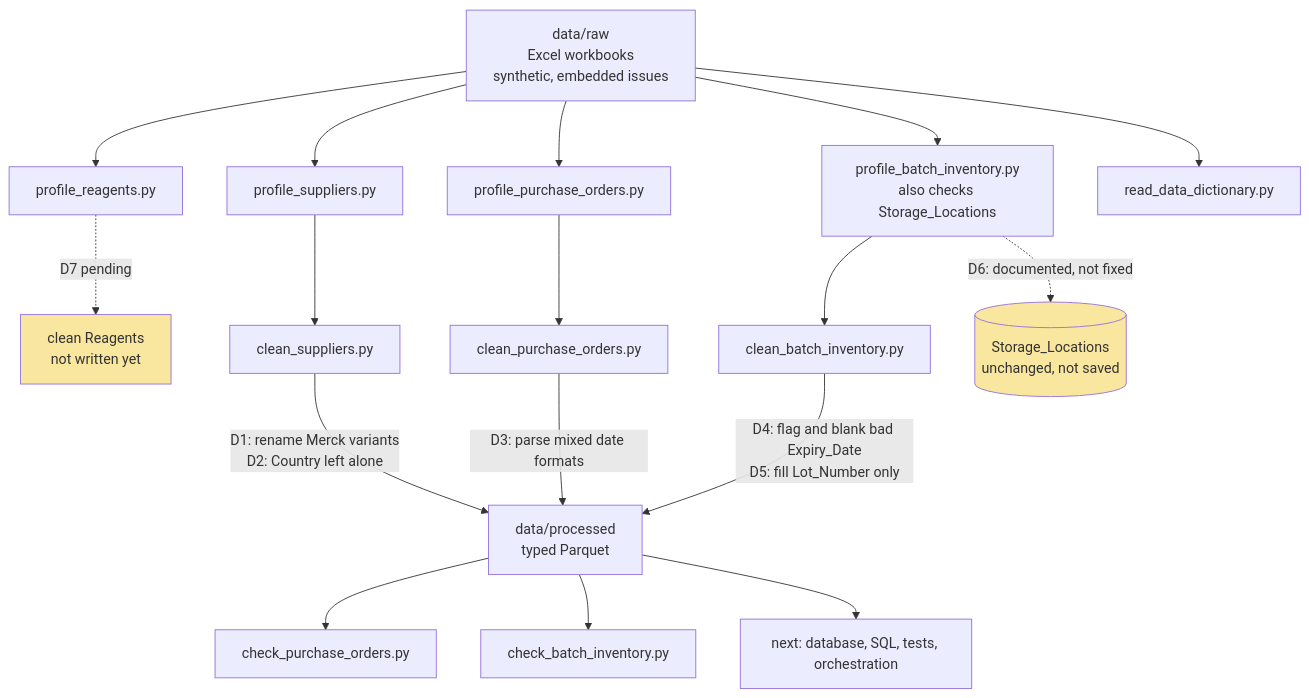
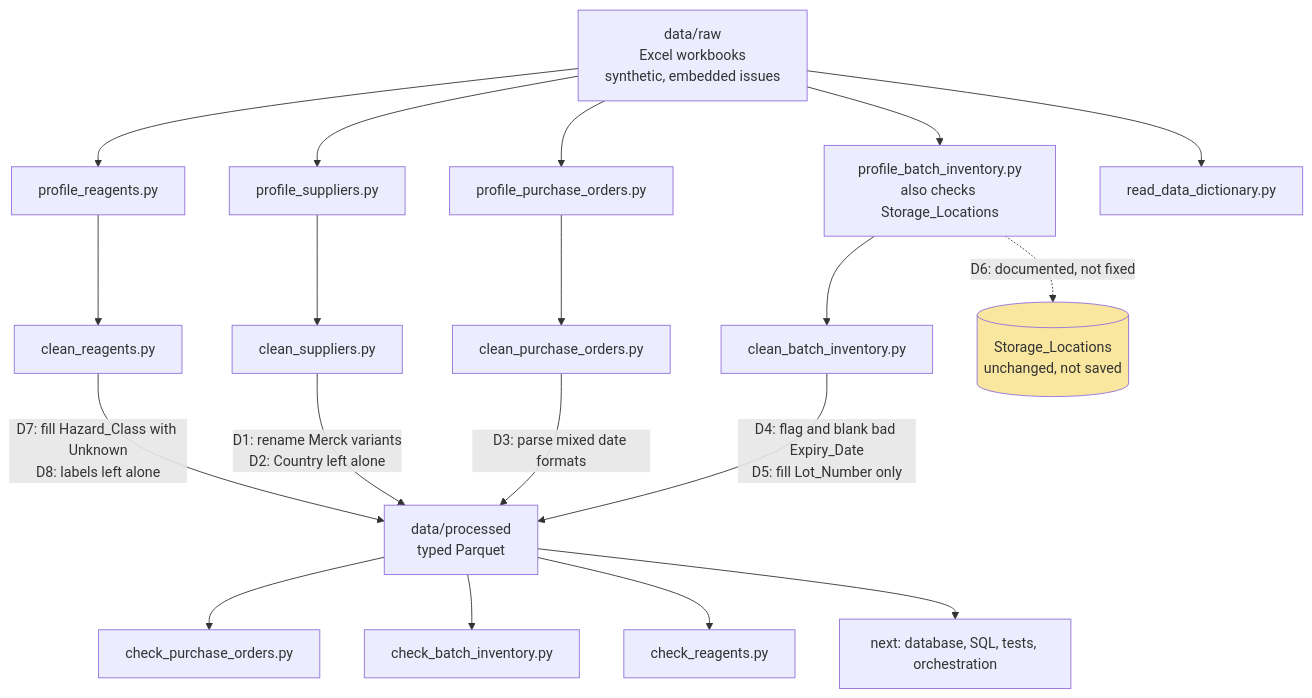
One commit to xrasana-lang/pharma-data-pipeline changed the diagram in README.md. Above: the diagram before and after it, drawn with Mermaid. The commit also changed other lines of this file, not shown here.

Commit message:
Update README for reagents cleaning and datasource

````diff
--- a/README.md
+++ b/README.md
@@ -19,29 +19,30 @@
 ```mermaid
 flowchart TD
     RAW["data/raw<br/>Excel workbooks<br/>synthetic, embedded issues"]
 
     RAW --> PR[profile_reagents.py]
     RAW --> PS[profile_suppliers.py]
     RAW --> PPO[profile_purchase_orders.py]
     RAW --> PB["profile_batch_inventory.py<br/>also checks Storage_Locations"]
     RAW --> DD[read_data_dictionary.py]
 
-    PR -.->|D7 pending| CR["clean Reagents<br/>not written yet"]
+    PR --> CR[clean_reagents.py]
     PS --> CS[clean_suppliers.py]
     PPO --> CPO[clean_purchase_orders.py]
     PB --> CB[clean_batch_inventory.py]
     PB -.->|D6: documented, not fixed| SL[("Storage_Locations<br/>unchanged, not saved")]
 
     CS -->|"D1: rename Merck variants<br/>D2: Country left alone"| OUT
     CPO -->|"D3: parse mixed date formats"| OUT
-    CB -->|"D4: flag and blank bad Expiry_Date<br/>D5: fill Lot_Number only"| OUT
+        CB -->|"D4: flag and blank bad Expiry_Date<br/>D5: fill Lot_Number only"| OUT
+    CR -->|"D7: fill Hazard_Class with Unknown<br/>D8: labels left alone"| OUT
 
     OUT["data/processed<br/>typed Parquet"]
 
     OUT --> CK1[check_purchase_orders.py]
     OUT --> CK2[check_batch_inventory.py]
+    OUT --> CK3[check_reagents.py]
     OUT --> NEXT["next: database, SQL, tests, orchestration"]
 
-    style CR fill:#f9e79f
     style SL fill:#f9e79f
 ```
````
